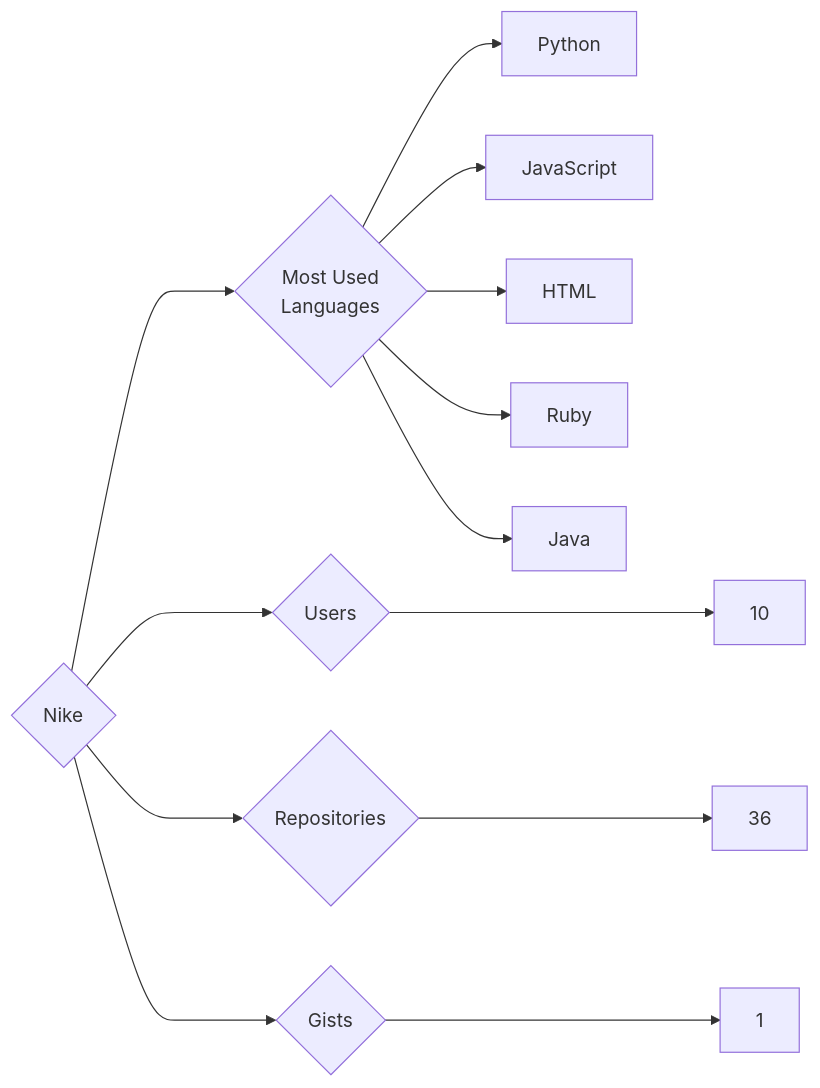
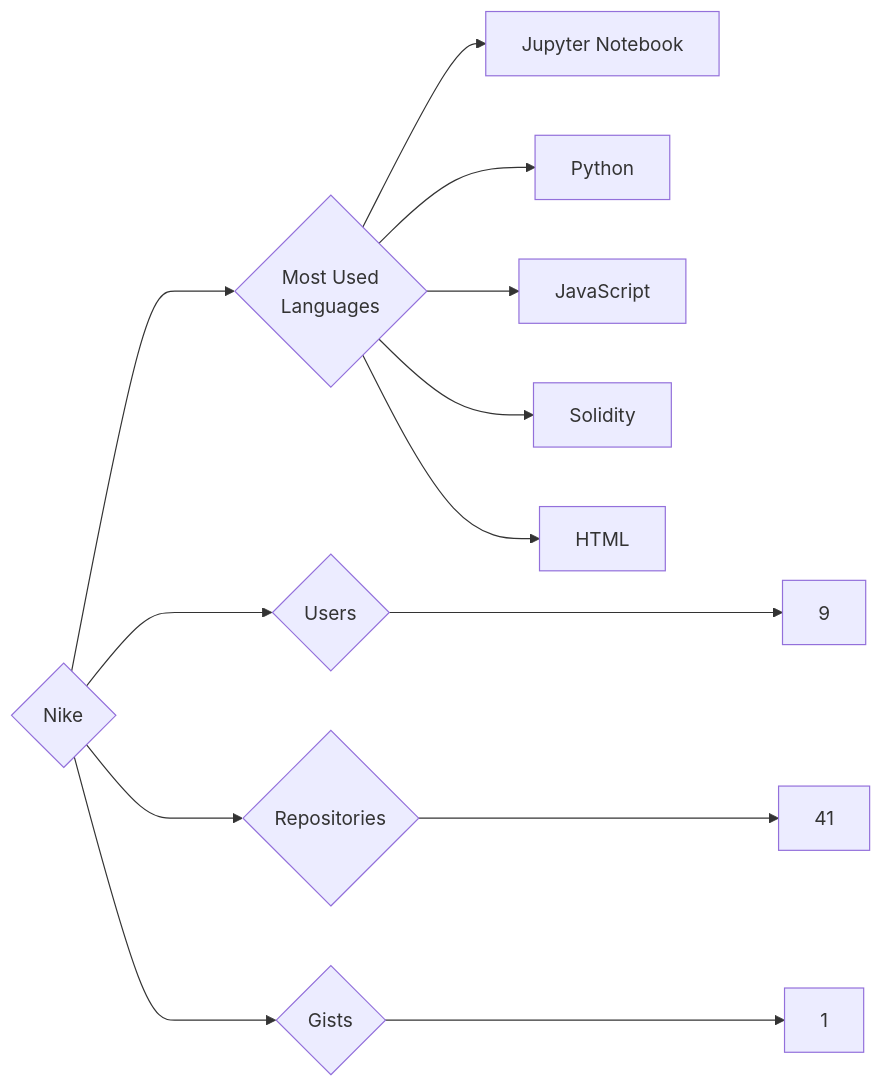
Before and after one commit to trickest/insiders: the diagram in targets/Nike/README.md, drawn with Mermaid. The commit also changed 1508 other files, not shown here.

````diff
--- a/targets/Nike/README.md
+++ b/targets/Nike/README.md
@@ -3,13 +3,13 @@
 ```mermaid
 graph LR
 COMPANY_NAME{Nike}
-COMPANY_NAME ---> U{Users} ---> UN[10]
-COMPANY_NAME ---> R{Repositories} ---> RN[36]
+COMPANY_NAME ---> U{Users} ---> UN[9]
+COMPANY_NAME ---> R{Repositories} ---> RN[41]
 COMPANY_NAME ---> G{Gists} ---> GN[1]
 COMPANY_NAME ---> ML{Most Used<br>Languages}
+ML --> Jupyter_Notebook[Jupyter Notebook]
 ML --> Python[Python]
 ML --> JavaScript[JavaScript]
+ML --> Solidity[Solidity]
 ML --> HTML[HTML]
-ML --> Ruby[Ruby]
-ML --> Java[Java]
 ```
````
